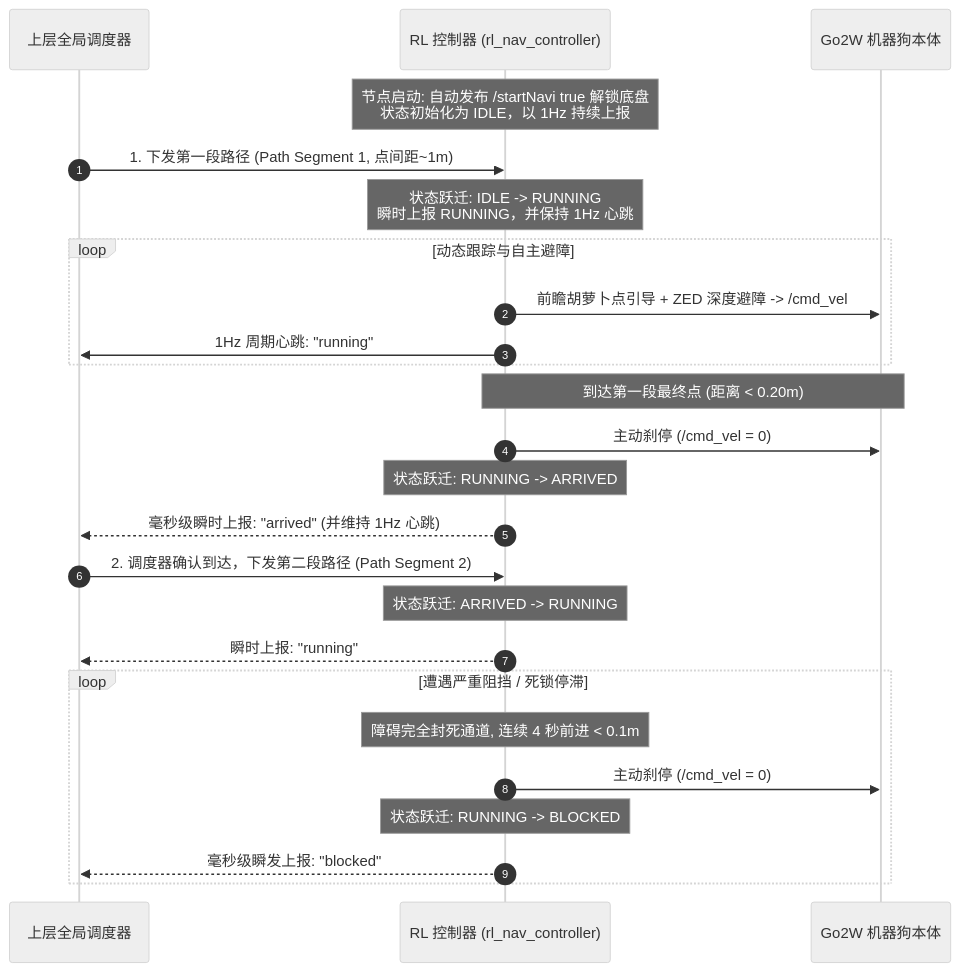
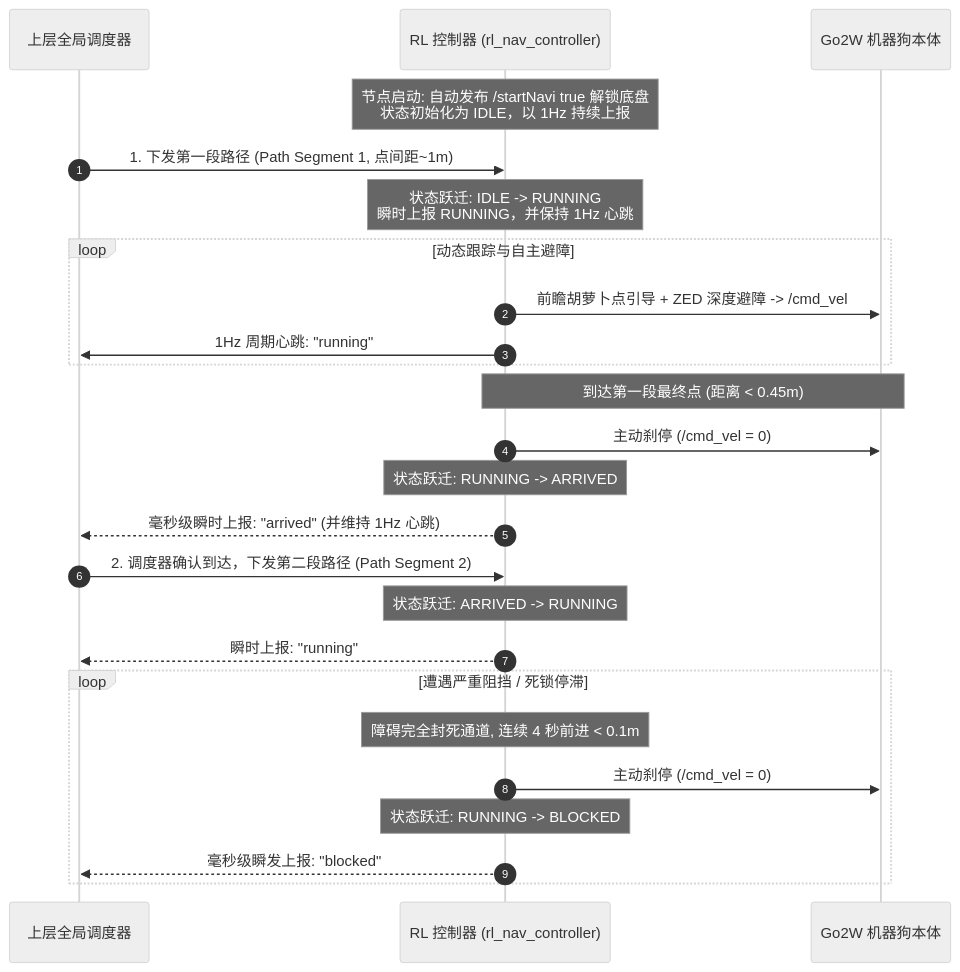
The first of 5 diagrams in docs/GLOBAL_NAV_INTERFACE.md (Yichang-Feng/sru-navigation), drawn with Mermaid (neutral theme) before and after one commit. The commit also changed other lines of this file and 17 other files, not shown here.

````diff
--- a/docs/GLOBAL_NAV_INTERFACE.md
+++ b/docs/GLOBAL_NAV_INTERFACE.md
@@ -106,29 +106,29 @@
 ```mermaid
 sequenceDiagram
     autonumber
     participant G as 上层全局调度器
     participant C as RL 控制器 (rl_nav_controller)
     participant R as Go2W 机器狗本体
 
     Note over C: 节点启动: 自动发布 /startNavi true 解锁底盘<br/>状态初始化为 IDLE，以 1Hz 持续上报
     G->>C: 1. 下发第一段路径 (Path Segment 1, 点间距~1m)
     Note over C: 状态跃迁: IDLE -> RUNNING<br/>瞬时上报 RUNNING，并保持 1Hz 心跳
     loop 动态跟踪与自主避障
         C->>R: 前瞻胡萝卜点引导 + ZED 深度避障 -> /cmd_vel
         C->>G: 1Hz 周期心跳: "running"
     end
-    Note over C,R: 到达第一段最终点 (距离 < 0.20m)
+    Note over C,R: 到达第一段最终点 (距离 < 0.45m)
     C->>R: 主动刹停 (/cmd_vel = 0)
     Note over C: 状态跃迁: RUNNING -> ARRIVED
     C-->>G: 毫秒级瞬时上报: "arrived" (并维持 1Hz 心跳)
 
     G->>C: 2. 调度器确认到达，下发第二段路径 (Path Segment 2)
     Note over C: 状态跃迁: ARRIVED -> RUNNING
     C-->>G: 瞬时上报: "running"
     loop 遭遇严重阻挡 / 死锁停滞
         Note over C: 障碍完全封死通道, 连续 4 秒前进 < 0.1m
         C->>R: 主动刹停 (/cmd_vel = 0)
         Note over C: 状态跃迁: RUNNING -> BLOCKED
         C-->>G: 毫秒级瞬发上报: "blocked"
     end
 ```
````
